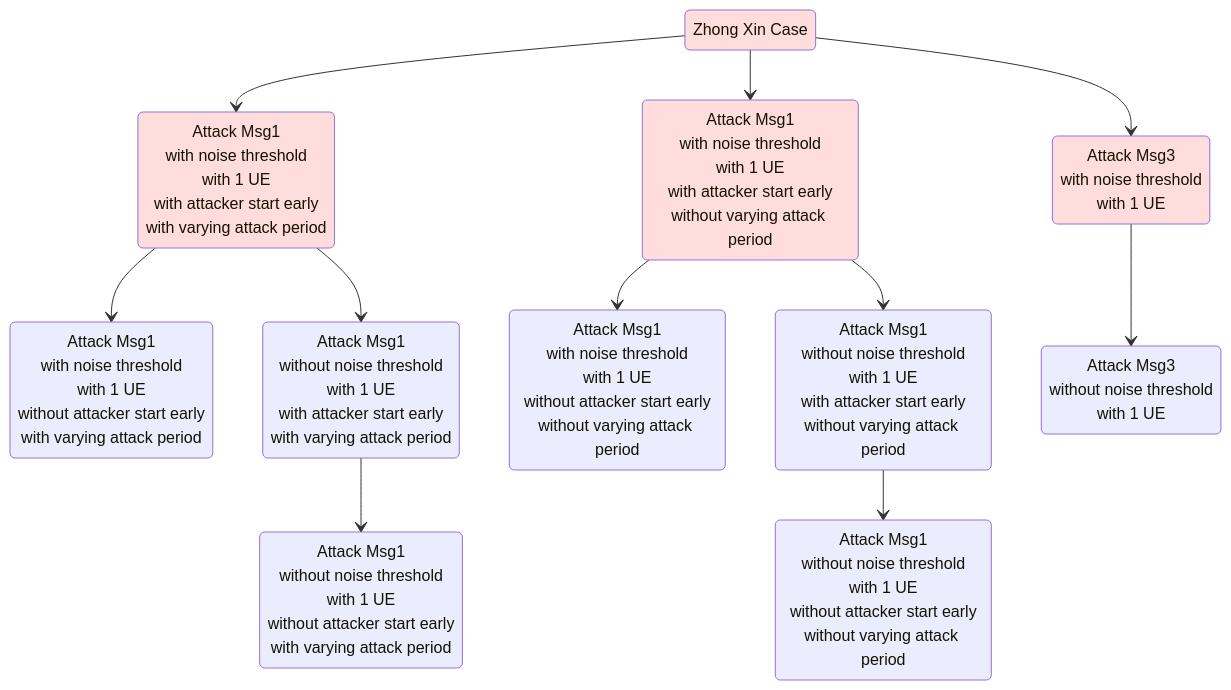
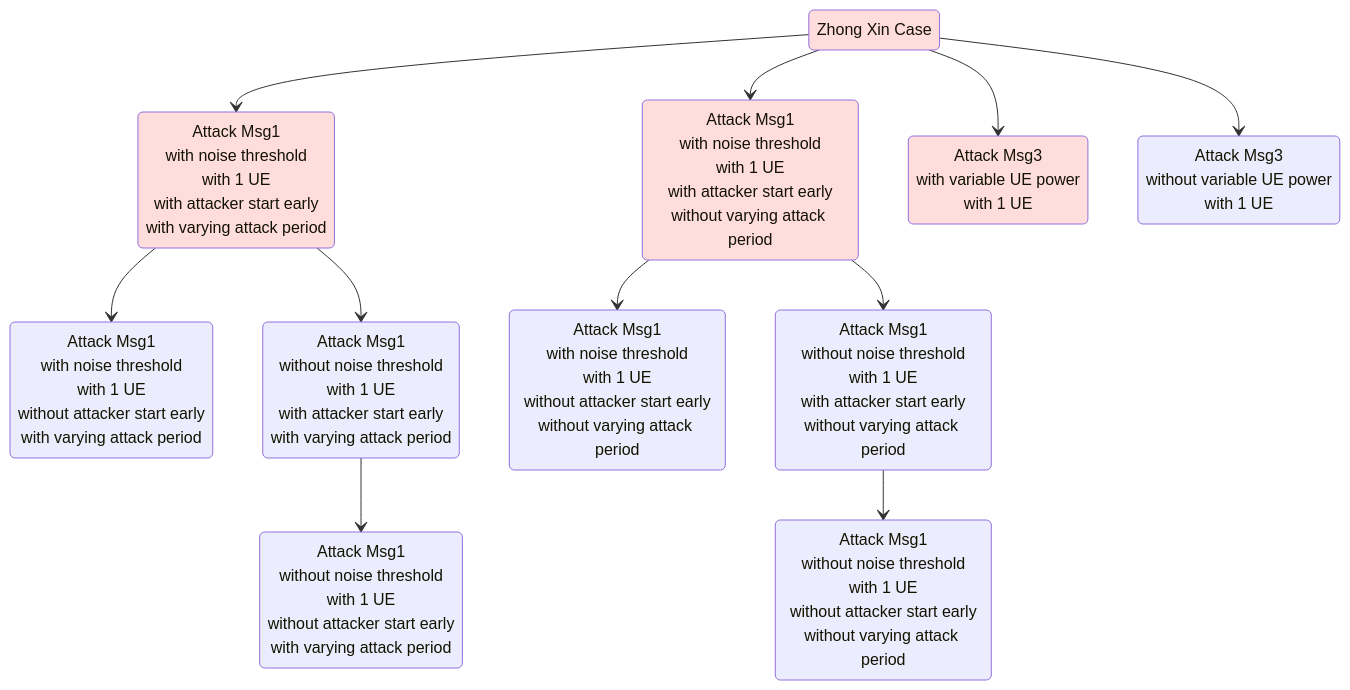
One commit to bmw-ece-ntust/wilfrid-prach-attack-analysis changed the second of 4 diagrams in docs/20250307 Thesis (PRACH Attack Problem Definition).md. Above: the diagram before and after it, drawn with Mermaid. The commit also changed other lines of this file, not shown here.

Commit message:
Update 20250307 Thesis (PRACH Attack Problem Definition).md

````diff
--- a/docs/20250307 Thesis (PRACH Attack Problem Definition).md
+++ b/docs/20250307 Thesis (PRACH Attack Problem Definition).md
@@ -146,35 +147,34 @@
 ```mermaid
 stateDiagram-v2
     classDef zhongXinCase fill:#fdd
 
     s1: Zhong Xin Case
     
-    s13: Attack Msg3<br>with noise threshold<br>with 1 UE
-    s15: Attack Msg3<br>without noise threshold<br>with 1 UE
+    s13: Attack Msg3<br>with variable UE power<br>with 1 UE
+    s15: Attack Msg3<br>without variable UE power<br>with 1 UE
 
     s25: Attack Msg1<br>with noise threshold<br>with 1 UE<br>with attacker start early<br>with varying attack period
     s26: Attack Msg1<br>with noise threshold<br>with 1 UE<br>with attacker start early<br>without varying attack period
     s27: Attack Msg1<br>with noise threshold<br>with 1 UE<br>without attacker start early<br>with varying attack period
     s28: Attack Msg1<br>with noise threshold<br>with 1 UE<br>without attacker start early<br>without varying attack period
 
     s33: Attack Msg1<br>without noise threshold<br>with 1 UE<br>with attacker start early<br>with varying attack period
     s34: Attack Msg1<br>without noise threshold<br>with 1 UE<br>with attacker start early<br>without varying attack period
     s35: Attack Msg1<br>without noise threshold<br>with 1 UE<br>without attacker start early<br>with varying attack period
     s36: Attack Msg1<br>without noise threshold<br>with 1 UE<br>without attacker start early<br>without varying attack period
 
     s1 --> s25
     s1 --> s26
     s1 --> s13
+    s1 --> s15
 
     s25 --> s27
     s25 --> s33
     s33 --> s35
 
     s26 --> s28
     s26 --> s34
     s34 --> s36
 
-    s13 --> s15
-
     class s1,s25,s26,s13 zhongXinCase
 ```
````
